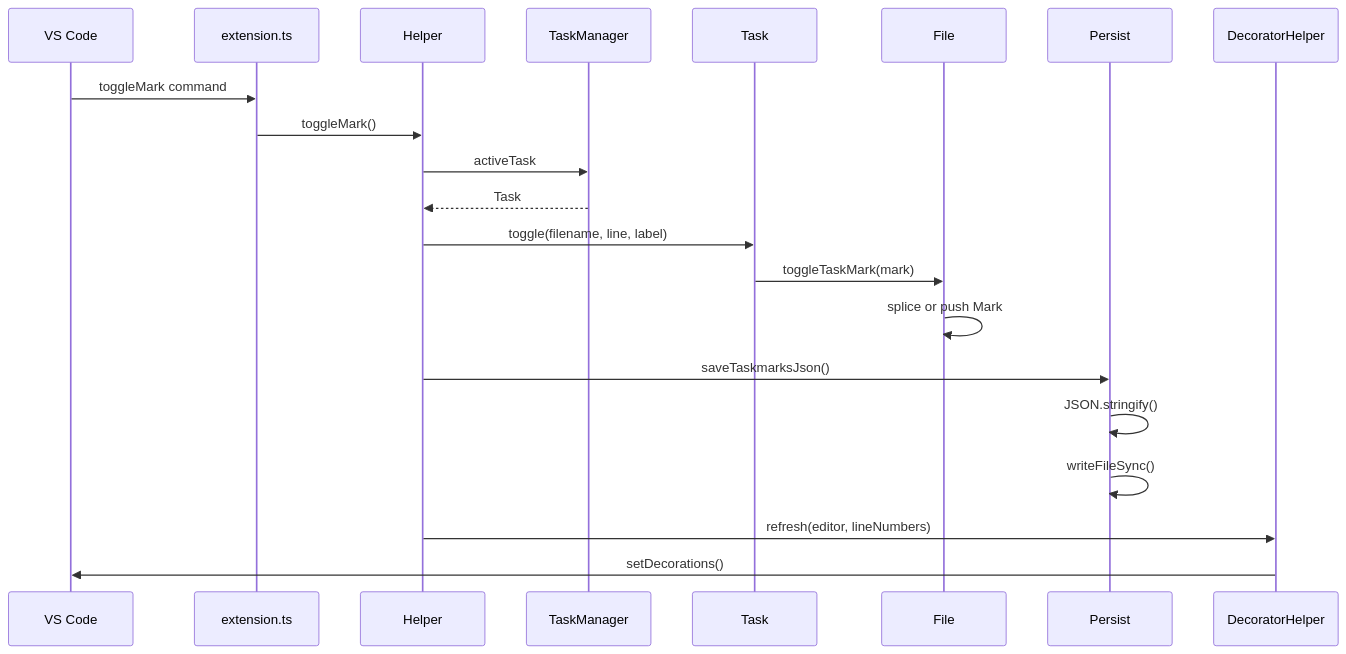
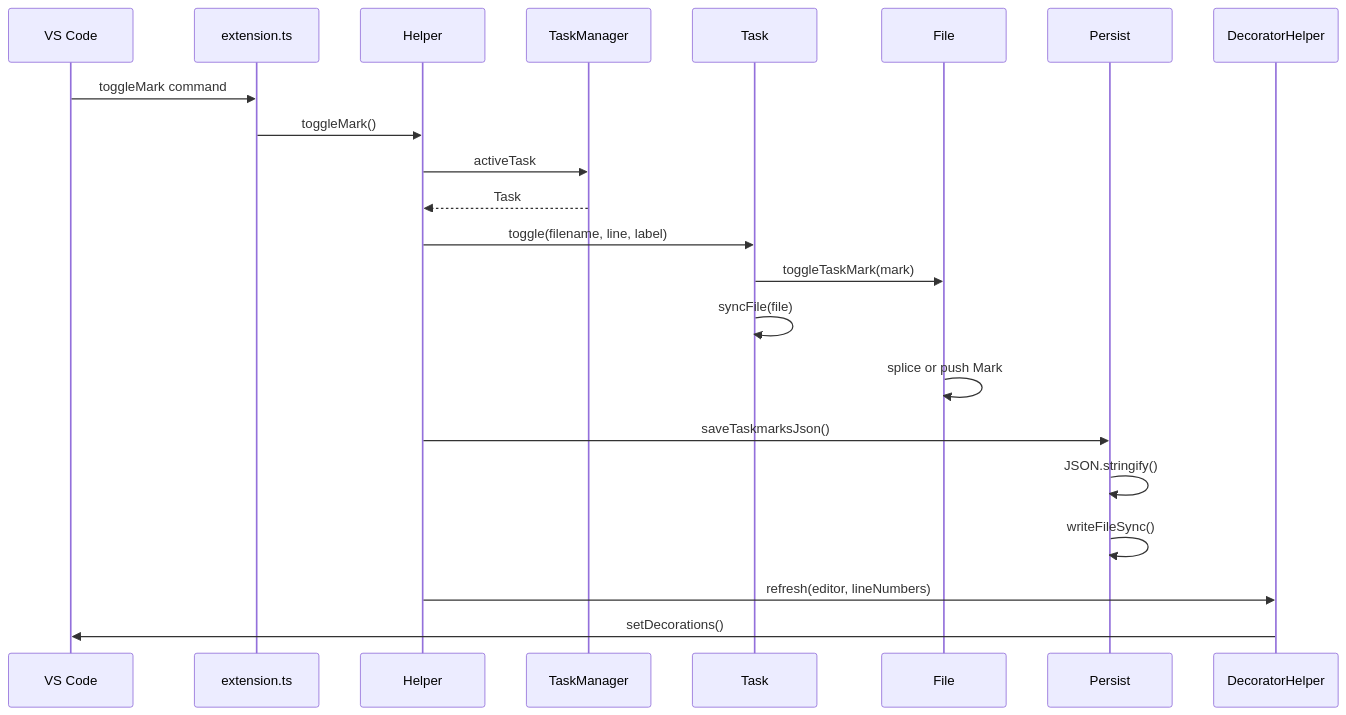
Before and after one commit to norbertK/taskmarks: the second of 5 diagrams in docu/ARCHITECTURE.md, drawn with Mermaid. The commit also changed other lines of this file and 11 other files, not shown here.

````diff
--- a/docu/ARCHITECTURE.md
+++ b/docu/ARCHITECTURE.md
@@ -100,24 +101,25 @@
 ```mermaid
 sequenceDiagram
     participant VSCode as VS Code
     participant Ext as extension.ts
     participant H as Helper
     participant TM as TaskManager
     participant T as Task
     participant F as File
     participant P as Persist
     participant DH as DecoratorHelper
 
     VSCode->>Ext: toggleMark command
     Ext->>H: toggleMark()
     H->>TM: activeTask
     TM-->>H: Task
     H->>T: toggle(filename, line, label)
     T->>F: toggleTaskMark(mark)
+    T->>T: syncFile(file)
     F->>F: splice or push Mark
     H->>P: saveTaskmarksJson()
     P->>P: JSON.stringify()
     P->>P: writeFileSync()
     H->>DH: refresh(editor, lineNumbers)
     DH->>VSCode: setDecorations()
 ```
````
